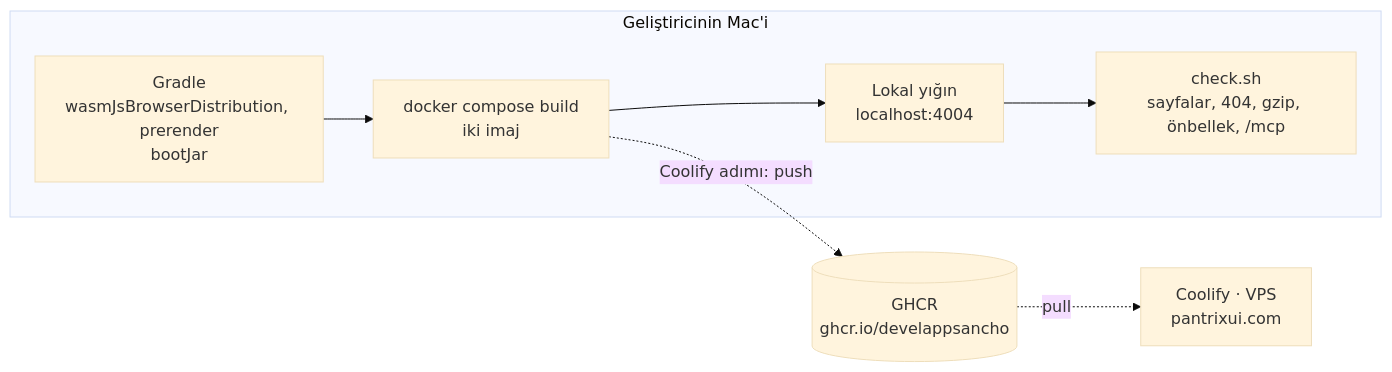
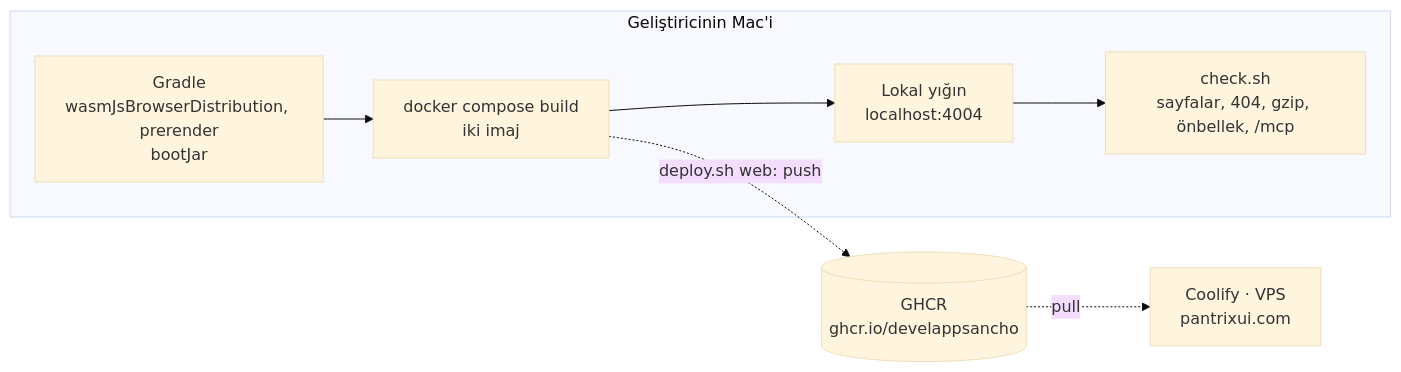
One commit to develappsancho/pantrix-ui-site changed the eighth of 10 diagrams in docs/deploy/ARCHITECTURE_GUIDE.md. Above: the diagram before and after it, drawn with Mermaid (base theme). The commit also changed other lines of this file and 7 other files, not shown here.

Commit message:
[DOCS][Add the deploy guide's section on deploying in Coolify and releasing the desktop app, Note what the live deploy showed in the architecture guide and Describe the host's deploy in the READMEs]

````diff
--- a/docs/deploy/ARCHITECTURE_GUIDE.md
+++ b/docs/deploy/ARCHITECTURE_GUIDE.md
@@ -257,10 +257,10 @@
 ```mermaid
 flowchart LR
     subgraph mac["Geliştiricinin Mac'i"]
         g["Gradle<br/>wasmJsBrowserDistribution, prerender<br/>bootJar"] --> d["docker compose build<br/>iki imaj"]
         d --> l["Lokal yığın<br/>localhost:4004"]
         l --> c["check.sh<br/>sayfalar, 404, gzip, önbellek, /mcp"]
     end
-    d -. "Coolify adımı: push" .-> r[("GHCR<br/>ghcr.io/develappsancho")]
+    d -. "deploy.sh web: push" .-> r[("GHCR<br/>ghcr.io/develappsancho")]
     r -. "pull" .-> v["Coolify · VPS<br/>pantrixui.com"]
 ```
````
